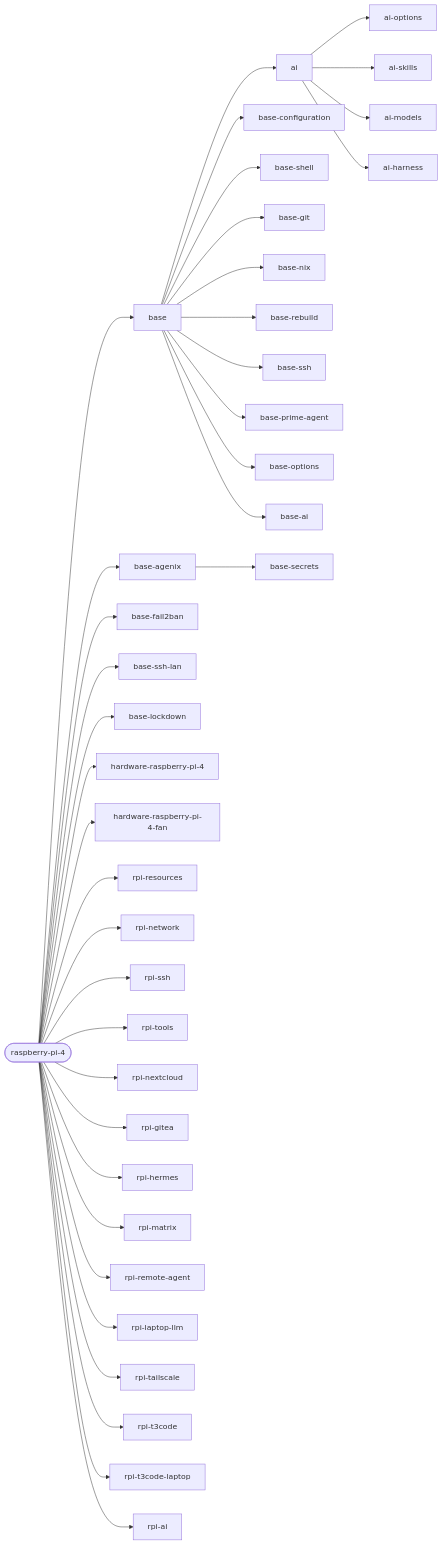
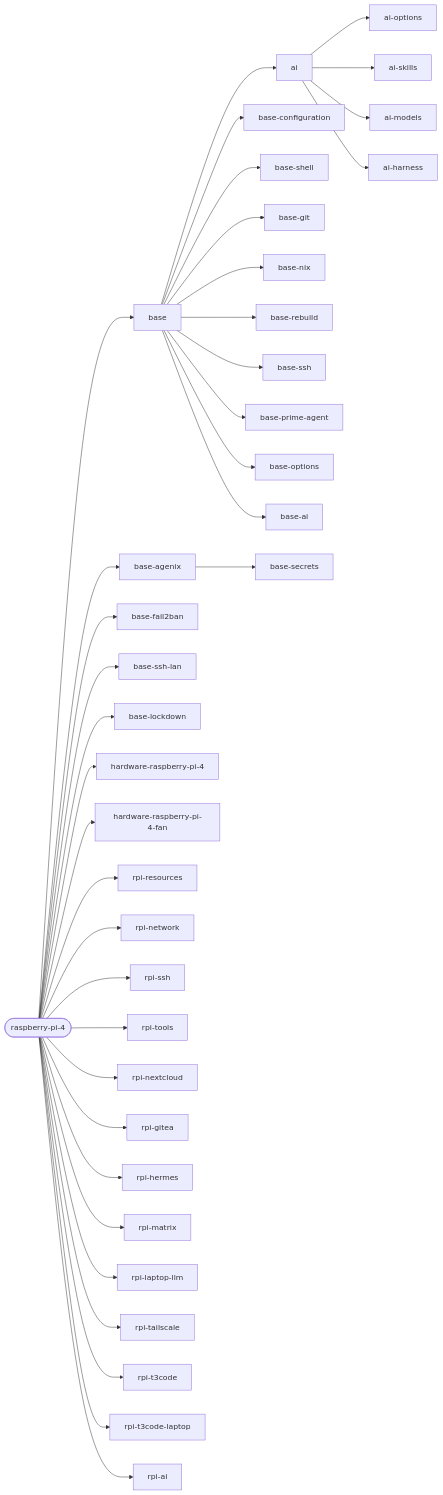
One commit to janusz-bit/nixos changed the second of 3 diagrams in docs/reference/hosts.md. Above: the diagram before and after it, drawn with Mermaid. The commit also changed other lines of this file and 13 other files, not shown here.

````diff
--- a/docs/reference/hosts.md
+++ b/docs/reference/hosts.md
@@ -136,40 +134,39 @@
 ```mermaid
 flowchart LR
   host_raspberry_pi_4([raspberry-pi-4])
   host_raspberry_pi_4 --> base[base]
   host_raspberry_pi_4 --> base_agenix[base-agenix]
   host_raspberry_pi_4 --> base_fail2ban[base-fail2ban]
   host_raspberry_pi_4 --> base_ssh_lan[base-ssh-lan]
   host_raspberry_pi_4 --> base_lockdown[base-lockdown]
   host_raspberry_pi_4 --> hardware_raspberry_pi_4[hardware-raspberry-pi-4]
   host_raspberry_pi_4 --> hardware_raspberry_pi_4_fan[hardware-raspberry-pi-4-fan]
   host_raspberry_pi_4 --> rpi_resources[rpi-resources]
   host_raspberry_pi_4 --> rpi_network[rpi-network]
   host_raspberry_pi_4 --> rpi_ssh[rpi-ssh]
   host_raspberry_pi_4 --> rpi_tools[rpi-tools]
   host_raspberry_pi_4 --> rpi_nextcloud[rpi-nextcloud]
   host_raspberry_pi_4 --> rpi_gitea[rpi-gitea]
   host_raspberry_pi_4 --> rpi_hermes[rpi-hermes]
   host_raspberry_pi_4 --> rpi_matrix[rpi-matrix]
-  host_raspberry_pi_4 --> rpi_remote_agent[rpi-remote-agent]
   host_raspberry_pi_4 --> rpi_laptop_llm[rpi-laptop-llm]
   host_raspberry_pi_4 --> rpi_tailscale[rpi-tailscale]
   host_raspberry_pi_4 --> rpi_t3code[rpi-t3code]
   host_raspberry_pi_4 --> rpi_t3code_laptop[rpi-t3code-laptop]
   host_raspberry_pi_4 --> rpi_ai[rpi-ai]
   ai --> ai_options[ai-options]
   ai --> ai_skills[ai-skills]
   ai --> ai_models[ai-models]
   ai --> ai_harness[ai-harness]
   base --> base_configuration[base-configuration]
   base --> base_shell[base-shell]
   base --> base_git[base-git]
   base --> base_nix[base-nix]
   base --> base_rebuild[base-rebuild]
   base --> base_ssh[base-ssh]
   base --> base_prime_agent[base-prime-agent]
   base --> base_options[base-options]
   base --> ai[ai]
   base --> base_ai[base-ai]
   base_agenix --> base_secrets[base-secrets]
 ```
````
